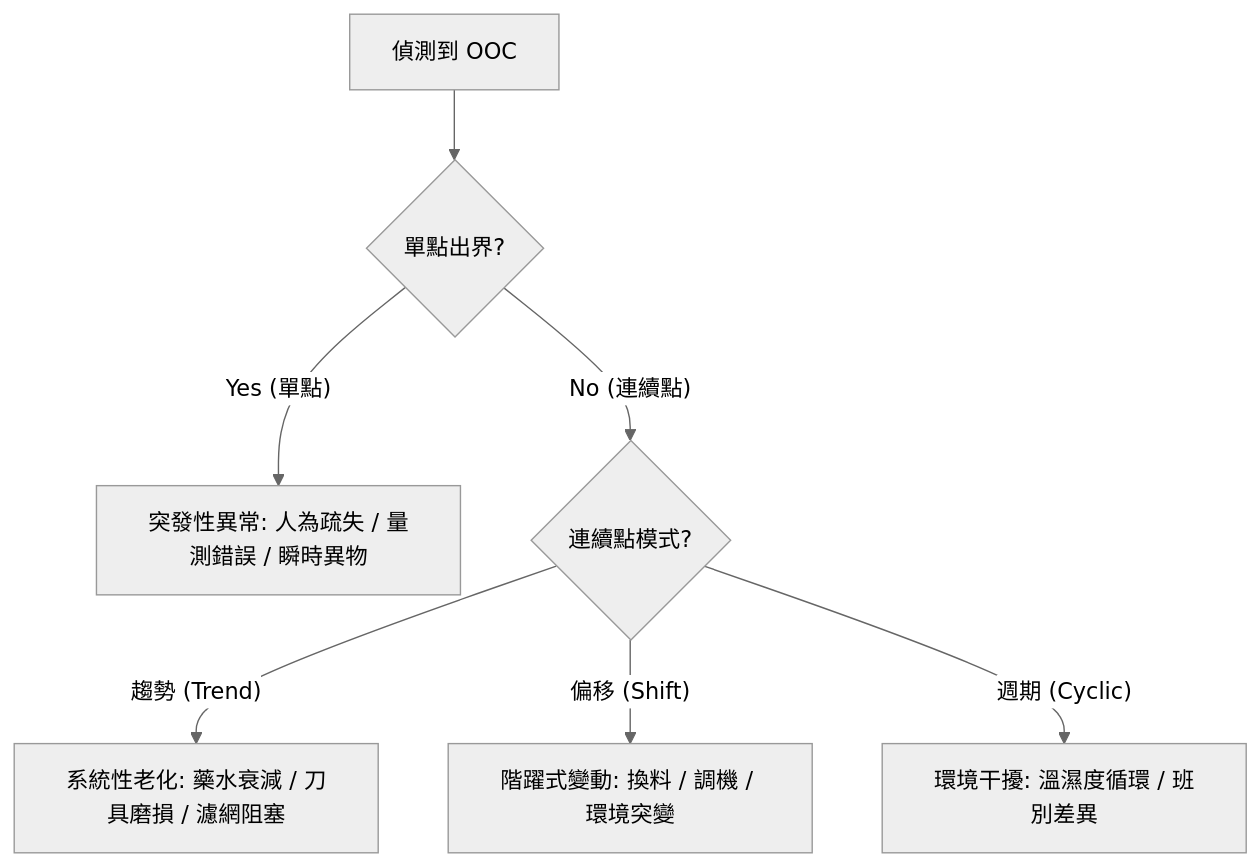
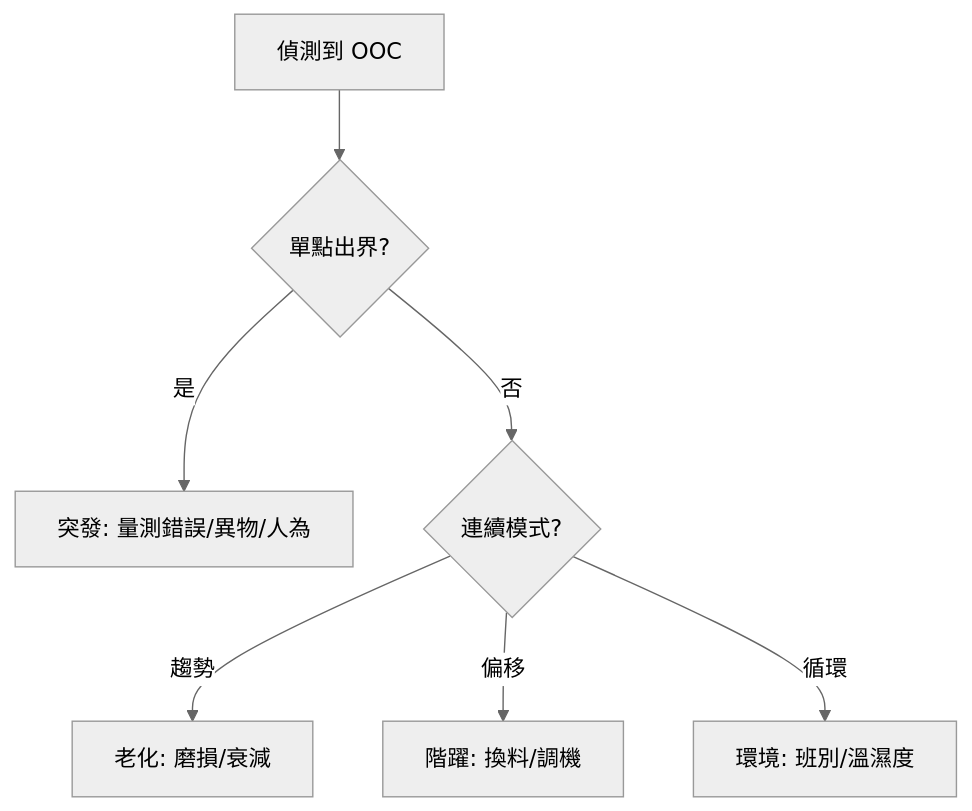
One commit to LonelyYeezhiChicken/chicken-personal changed the diagram in docs/spc/core-model/decision-rules.md. Above: the diagram before and after it, drawn with Mermaid (neutral theme). The commit also changed other lines of this file and 25 other files, not shown here.

````diff
--- a/docs/spc/core-model/decision-rules.md
+++ b/docs/spc/core-model/decision-rules.md
@@ -18,9 +30,9 @@
 ```mermaid
 flowchart TD
-    Signal[偵測到 OOC] --> Outlier{單點出界?}
-    Outlier -- "Yes (單點)" --> Sudden[突發性異常: 人為疏失 / 量測錯誤 / 瞬時異物]
-    Outlier -- "No (連續點)" --> Pattern{連續點模式?}
-    Pattern -- "趨勢 (Trend)" --> Aging[系統性老化: 藥水衰減 / 刀具磨損 / 濾網阻塞]
-    Pattern -- "偏移 (Shift)" --> Step[階躍式變動: 換料 / 調機 / 環境突變]
-    Pattern -- "週期 (Cyclic)" --> Env[環境干擾: 溫濕度循環 / 班別差異]
+  OOC[偵測到 OOC] --> Outlier{單點出界?}
+  Outlier -->|是| Sudden[突發: 量測錯誤/異物/人為]
+  Outlier -->|否| Pattern{連續模式?}
+  Pattern -->|趨勢| Aging[老化: 磨損/衰減]
+  Pattern -->|偏移| Step[階躍: 換料/調機]
+  Pattern -->|循環| Env[環境: 班別/溫濕度]
 ```
````
